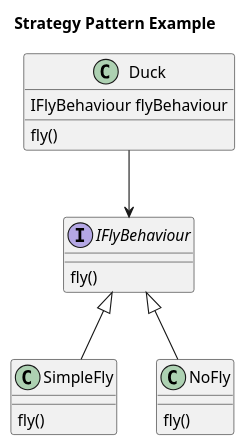
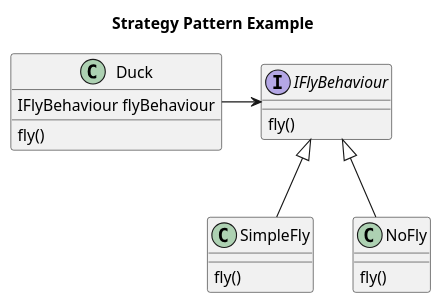
Before and after one commit to nsanitate/design-pattern: the diagram in strategy/doc/example.puml, drawn with PlantUML. The commit also changed 1 other file, not shown here.

Commit message:
fix(strategy): fixed uml diagrams

```diff
--- a/strategy/doc/example.puml
+++ b/strategy/doc/example.puml
@@ -1,23 +1,23 @@
 @startuml Strategy Pattern Example
 title Strategy Pattern Example
 class Duck {
     IFlyBehaviour flyBehaviour
     fly()
 }
 
 interface IFlyBehaviour {
     fly()
 }
 
 class SimpleFly {
     fly()
 }
 
 class NoFly {
     fly()
 }
 
-Duck --> IFlyBehaviour
+Duck -> IFlyBehaviour
 IFlyBehaviour <|-- SimpleFly
 IFlyBehaviour <|-- NoFly
 @enduml
```
